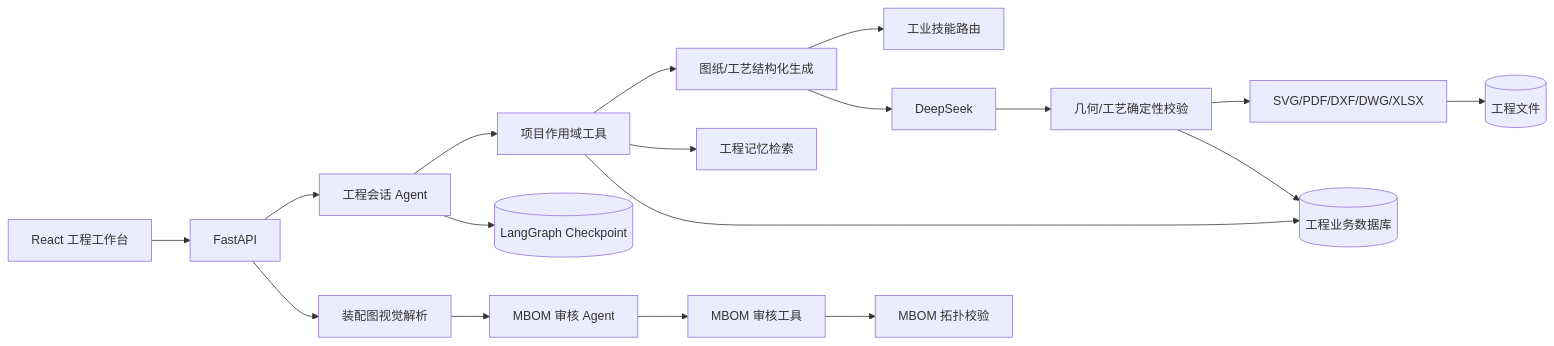
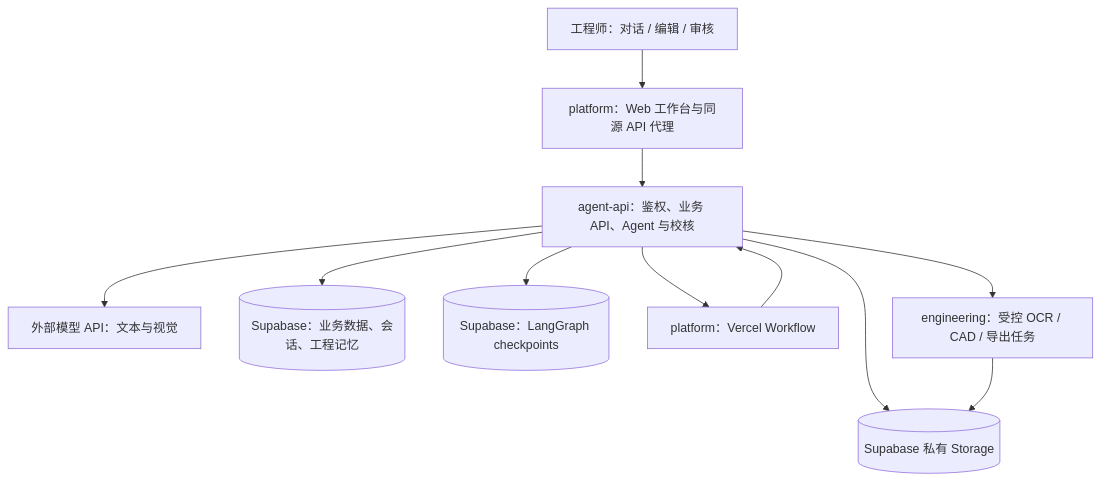
Before and after one commit to 335691851/industry-engineering: the diagram in Agent说明.md, drawn with Mermaid. The commit also changed other lines of this file and 3 other files, not shown here.

Commit message:
Document Agent architecture and preserve Supabase initialization migrations

````diff
--- a/Agent说明.md
+++ b/Agent说明.md
@@ -49,24 +25,13 @@
 ```mermaid
-flowchart LR
-    UI[React 工程工作台] --> API[FastAPI]
-    API --> CHAT[工程会话 Agent]
-    API --> VISION[装配图视觉解析]
-    VISION --> MBOM[MBOM 审核 Agent]
-
-    CHAT --> CT[项目作用域工具]
-    MBOM --> MT[MBOM 审核工具]
-
-    CT --> GEN[图纸/工艺结构化生成]
-    CT --> MEM[工程记忆检索]
-    CT --> BIZ[(工程业务数据库)]
-    MT --> VALID[MBOM 拓扑校验]
-
-    GEN --> SKILL[工业技能路由]
-    GEN --> MODEL[DeepSeek]
-    MODEL --> CHECK[几何/工艺确定性校验]
-    CHECK --> EXPORT[SVG/PDF/DXF/DWG/XLSX]
-    EXPORT --> FILES[(工程文件)]
-    CHECK --> BIZ
-
-    CHAT --> CP[(LangGraph Checkpoint)]
+flowchart TD
+    U[工程师：对话 / 编辑 / 审核] --> P[platform：Web 工作台与同源 API 代理]
+    P --> A[agent-api：鉴权、业务 API、Agent 与校核]
+    A --> L[外部模型 API：文本与视觉]
+    A --> D[(Supabase：业务数据、会话、工程记忆)]
+    A --> C[(Supabase：LangGraph checkpoints)]
+    A --> S[(Supabase 私有 Storage)]
+    A --> O[platform：Vercel Workflow]
+    O --> A
+    A --> N[engineering：受控 OCR / CAD / 导出任务]
+    N --> S
 ```
````
